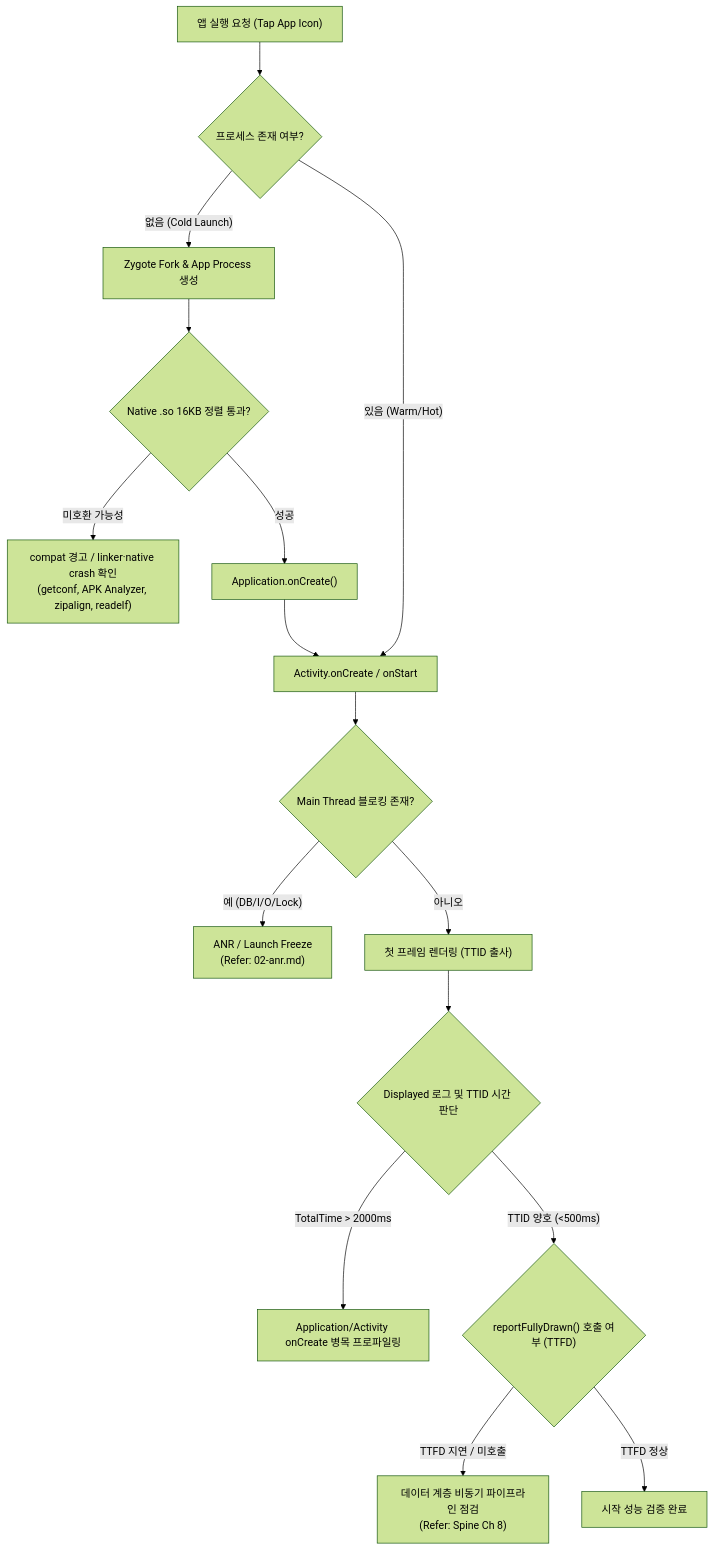
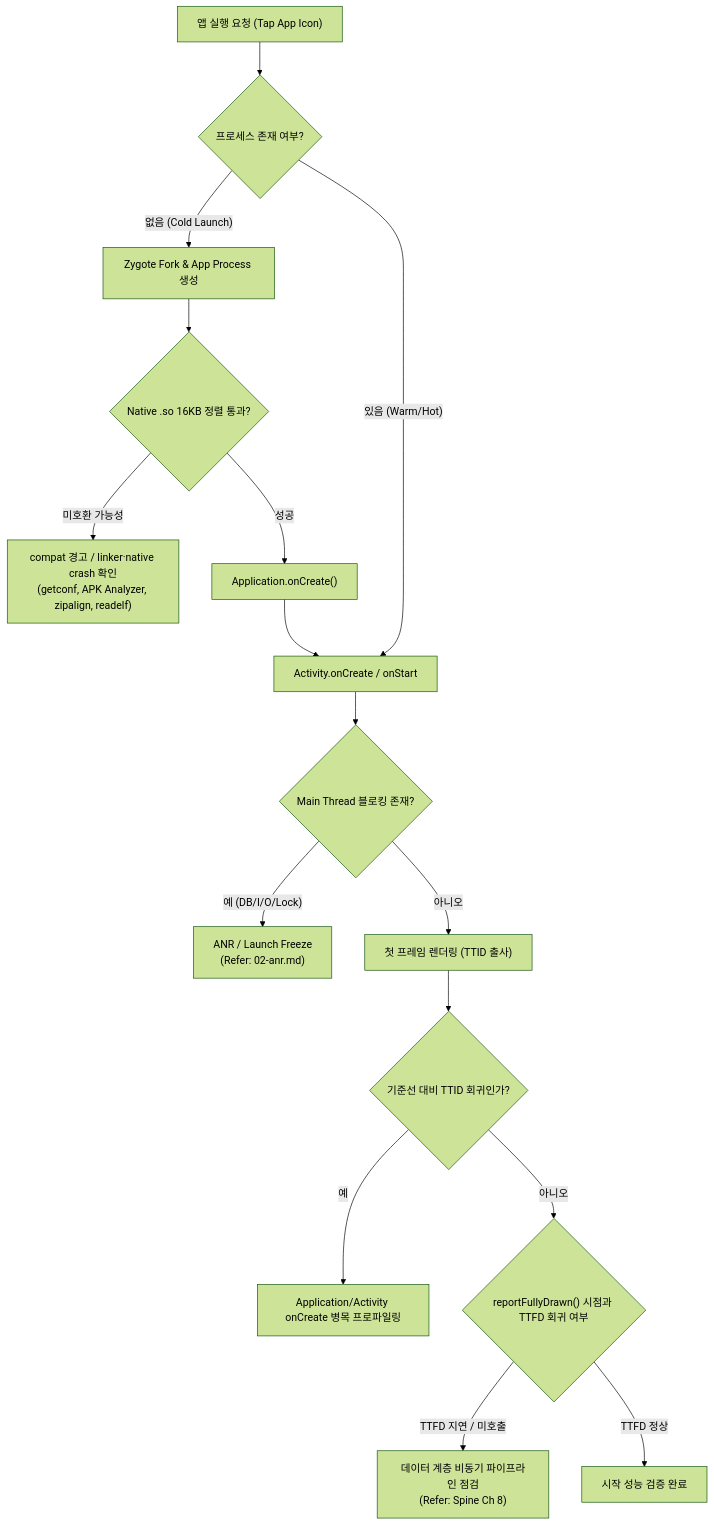
Before and after one commit to youngmin-gwon/what-i-studied: the diagram in 01_inbox/mobile/android/00_foundations/diagnostic-runbooks/01-app-launch-slow-or-fails.md, drawn with Mermaid (forest theme). The commit also changed other lines of this file and 89 other files, not shown here.

````diff
--- a/01_inbox/mobile/android/00_foundations/diagnostic-runbooks/01-app-launch-slow-or-fails.md
+++ b/01_inbox/mobile/android/00_foundations/diagnostic-runbooks/01-app-launch-slow-or-fails.md
@@ -51,22 +51,22 @@
 ```mermaid
 flowchart TD
     A["앱 실행 요청 (Tap App Icon)"] --> B{"프로세스 존재 여부?"}
     B -- "없음 (Cold Launch)" --> C["Zygote Fork & App Process 생성"]
     B -- "있음 (Warm/Hot)" --> F["Activity.onCreate / onStart"]
     
     C --> D{"Native .so 16KB 정렬 통과?"}
     D -- "미호환 가능성" --> D_ERR["compat 경고 / linker·native crash 확인\n(getconf, APK Analyzer, zipalign, readelf)"]
     D -- "성공" --> E["Application.onCreate()"]
     
     E --> F
     F --> G{"Main Thread 블로킹 존재?"}
     G -- "예 (DB/I/O/Lock)" --> G_ERR["ANR / Launch Freeze\n(Refer: 02-anr.md)"]
     G -- "아니오" --> H["첫 프레임 렌더링 (TTID 출사)"]
     
-    H --> I{"Displayed 로그 및 TTID 시간 판단"}
-    I -- "TotalTime > 2000ms" --> J["Application/Activity onCreate 병목 프로파일링"]
-    I -- "TTID 양호 (<500ms)" --> K{"reportFullyDrawn() 호출 여부 (TTFD)"}
+    H --> I{"기준선 대비 TTID 회귀인가?"}
+    I -- "예" --> J["Application/Activity onCreate 병목 프로파일링"]
+    I -- "아니오" --> K{"reportFullyDrawn() 시점과 TTFD 회귀 여부"}
     
     K -- "TTFD 지연 / 미호출" --> L["데이터 계층 비동기 파이프라인 점검\n(Refer: Spine Ch 8)"]
     K -- "TTFD 정상" --> M["시작 성능 검증 완료"]
 ```
````
